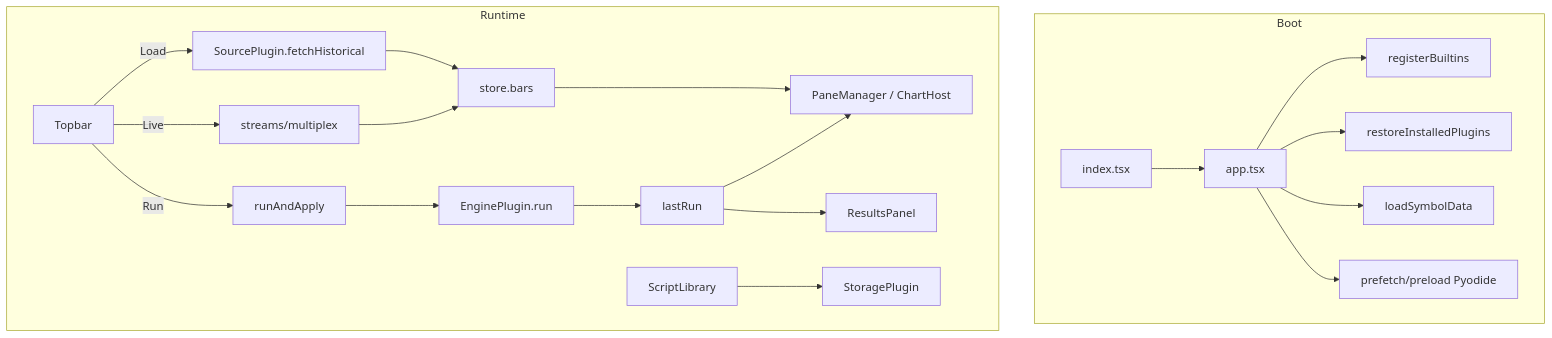
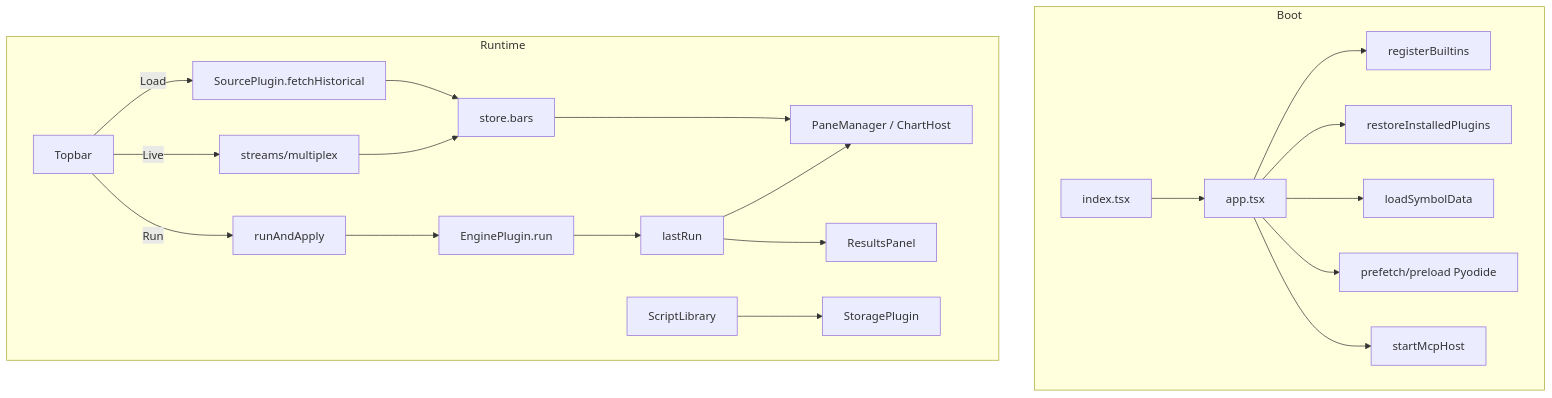
Before and after one commit to hoox-sh/axis: the diagram in docs/architecture/overview.mdx, drawn with Mermaid. The commit also changed 28 other files, not shown here.

````diff
--- a/docs/architecture/overview.mdx
+++ b/docs/architecture/overview.mdx
@@ -33,23 +33,24 @@
 ```mermaid
 flowchart TB
   subgraph Boot
     I[index.tsx] --> A[app.tsx]
     A --> B[registerBuiltins]
     A --> R[restoreInstalledPlugins]
     A --> L[loadSymbolData]
     A --> P[prefetch/preload Pyodide]
+    A --> MCP[startMcpHost]
   end
   subgraph Runtime
     TOP[Topbar] -->|Load| SRC[SourcePlugin.fetchHistorical]
     SRC --> BARS[store.bars]
     BARS --> CH[PaneManager / ChartHost]
     TOP -->|Run| RUN[runAndApply]
     RUN --> ENG[EnginePlugin.run]
     ENG --> LR[lastRun]
     LR --> CH
     LR --> RES[ResultsPanel]
     TOP -->|Live| MUX[streams/multiplex]
     MUX --> BARS
     LIB[ScriptLibrary] --> STO[StoragePlugin]
   end
 ```
````
